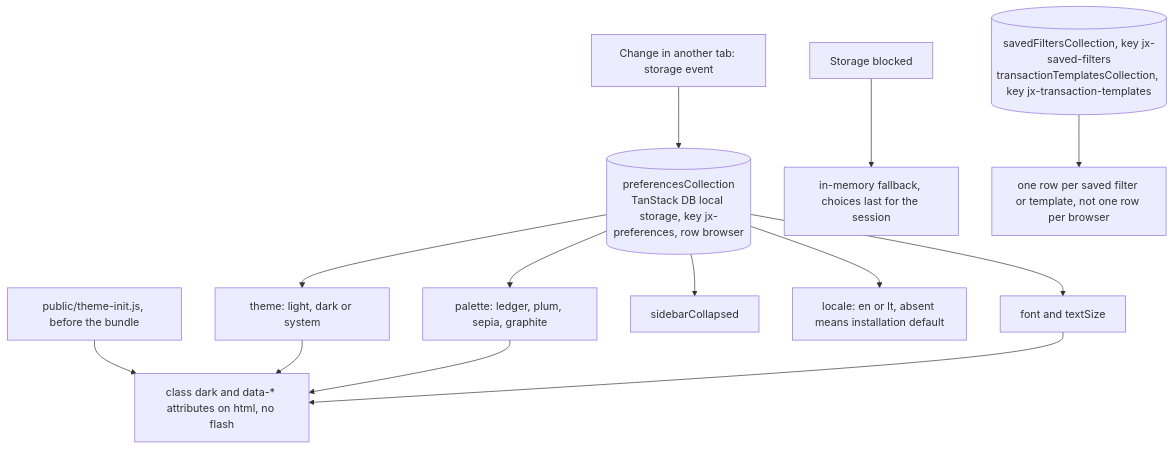
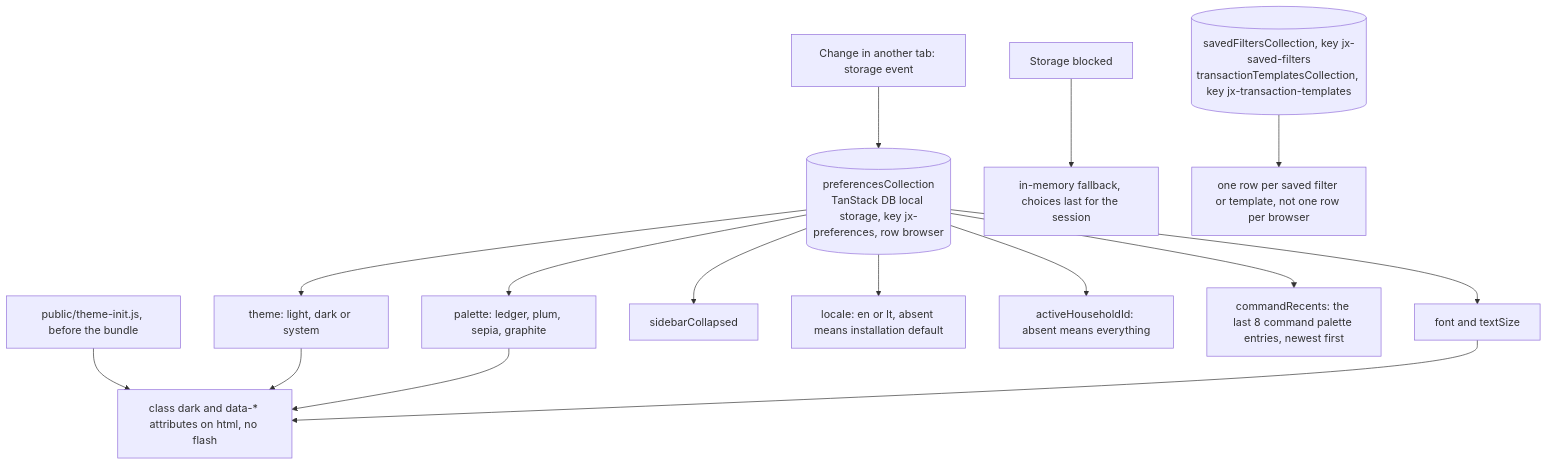
Before and after one commit to Justxs/Jx-Finance: the first of 4 diagrams in docs/features/24. Interface.md, drawn with Mermaid. The commit also changed other lines of this file and 21 other files, not shown here.

First line of the commit message:
feat(ui): add a command palette

````diff
--- a/docs/features/24. Interface.md
+++ b/docs/features/24. Interface.md
@@ -5,15 +5,17 @@
 ```mermaid
 flowchart TD
     Pref[("preferencesCollection<br/>TanStack DB local storage, key jx-preferences, row browser")] --> Theme["theme: light, dark or system"]
     Pref --> Palette["palette: ledger, plum, sepia, graphite"]
     Pref --> Font["font and textSize"]
     Pref --> Side["sidebarCollapsed"]
     Pref --> Loc["locale: en or lt, absent means installation default"]
+    Pref --> Hh["activeHouseholdId: absent means everything"]
+    Pref --> Recent["commandRecents: the last 8 command palette entries, newest first"]
     Init["public/theme-init.js, before the bundle"] --> Html["class dark and data-* attributes on html, no flash"]
     Theme --> Html
     Palette --> Html
     Font --> Html
     Tab["Change in another tab: storage event"] --> Pref
     Blocked["Storage blocked"] --> Mem["in-memory fallback, choices last for the session"]
     Views[("savedFiltersCollection, key jx-saved-filters<br/>transactionTemplatesCollection, key jx-transaction-templates")] --> Rows["one row per saved filter or template, not one row per browser"]
 ```
````
